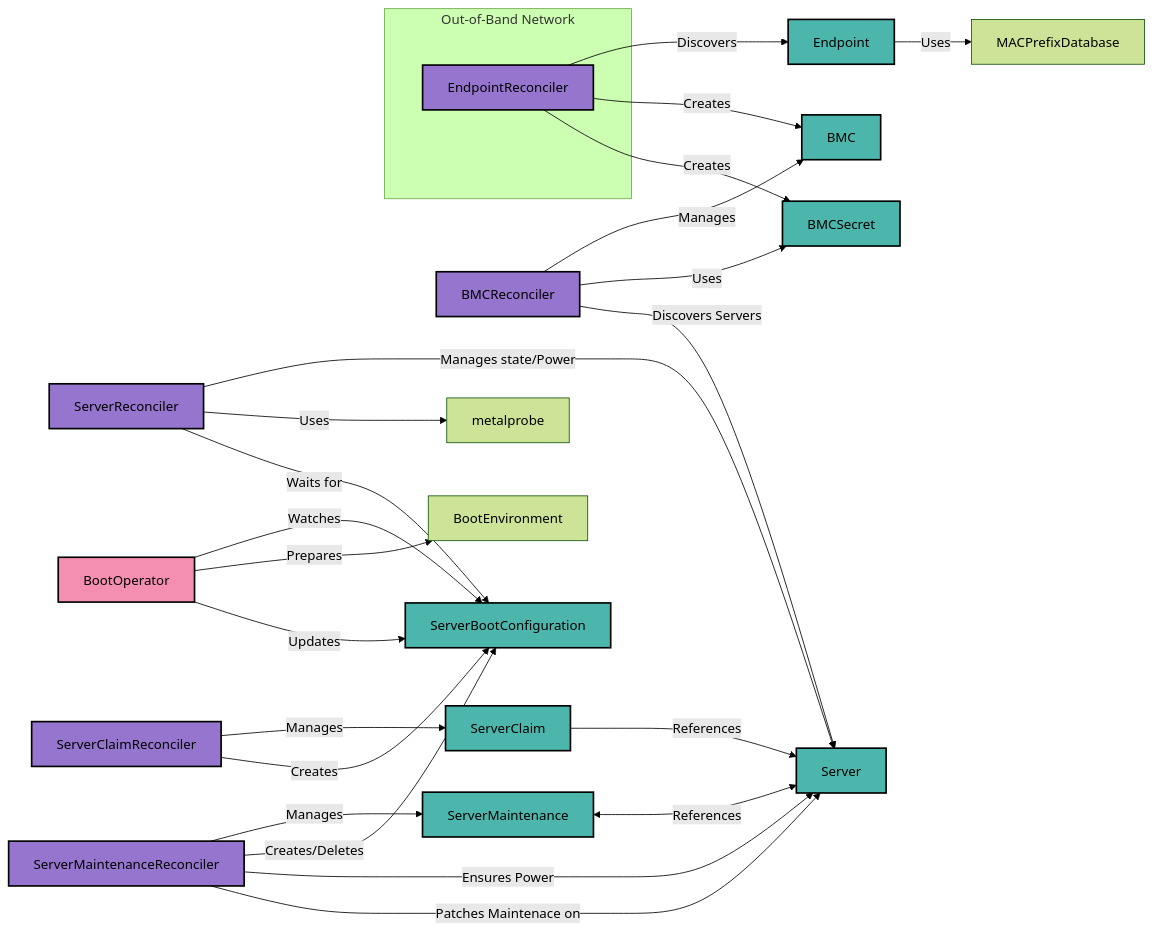
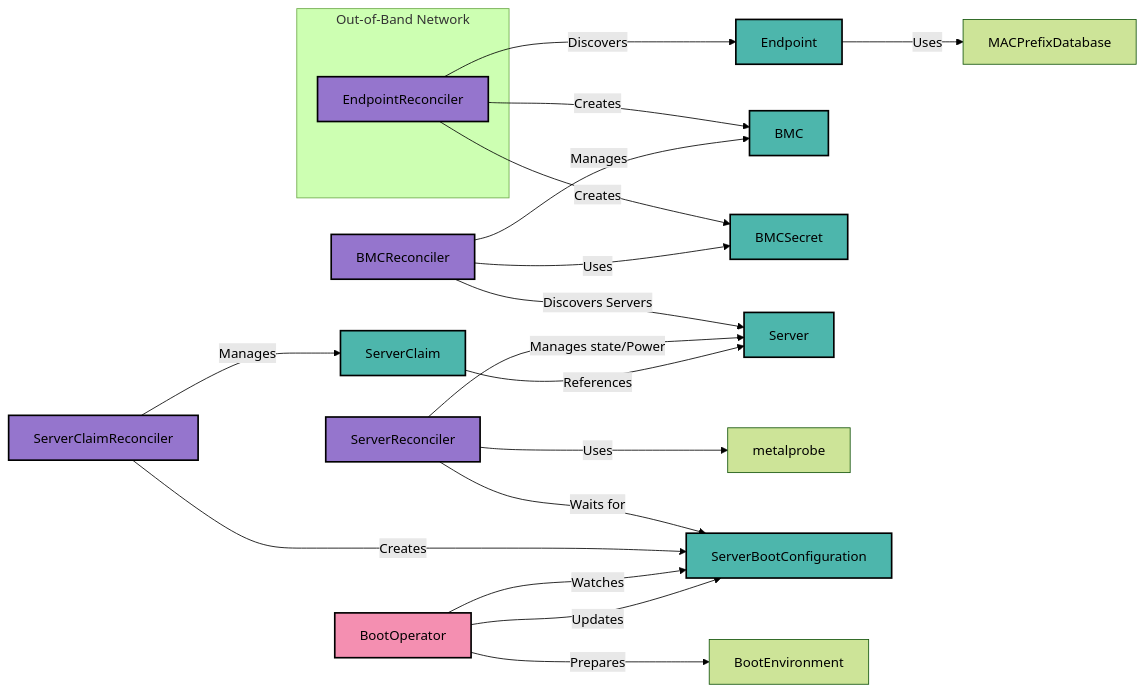
One commit to ironcore-dev/metal-operator changed the diagram in docs/architecture.md. Above: the diagram before and after it, drawn with Mermaid (forest theme). The commit also changed other lines of this file and 52 other files, not shown here.

Commit message:
Remove deprecated `ServerMaintenance` resource (#1130)

````diff
--- a/docs/architecture.md
+++ b/docs/architecture.md
@@ -10,40 +10,33 @@
 ```mermaid
 flowchart LR
     subgraph Out-of-Band Network
         EndpointReconciler
     end
     EndpointReconciler -- Discovers --> Endpoint
     Endpoint -- Uses --> MACPrefixDatabase
     EndpointReconciler -- Creates --> BMC & BMCSecret
 
     BMCReconciler -- Manages --> BMC
     BMCReconciler -- Uses --> BMCSecret
     BMCReconciler -- Discovers Servers --> Server
 
     ServerReconciler -- Manages state/Power --> Server
     ServerReconciler -- Uses --> metalprobe
     ServerReconciler -- Waits for --> ServerBootConfiguration
     
-    ServerMaintenanceReconciler -- Manages --> ServerMaintenance
-    ServerMaintenanceReconciler -- Creates/Deletes --> ServerBootConfiguration
-    ServerMaintenanceReconciler -- Ensures Power --> Server
-    ServerMaintenanceReconciler -- Patches Maintenace on --> Server
-
-    ServerMaintenance -- References <--> Server
-
     ServerClaimReconciler -- Manages --> ServerClaim
     ServerClaim -- References --> Server
     ServerClaimReconciler -- Creates --> ServerBootConfiguration
 
     BootOperator -- Watches --> ServerBootConfiguration
     BootOperator -- Prepares --> BootEnvironment
     BootOperator -- Updates --> ServerBootConfiguration
 
     classDef operator fill:#9575cd, stroke:#000, stroke-width:2px, color:#000;
     classDef crd fill:#4db6ac, stroke:#000, stroke-width:2px, color:#000;
     classDef external fill:#f48fb1, stroke:#000, stroke-width:2px, color:#000;
 
-    class EndpointReconciler,BMCReconciler,ServerReconciler,ServerClaimReconciler,ServerMaintenanceReconciler operator;
-    class Endpoint,BMC,BMCSecret,Server,ServerClaim,ServerBootConfiguration,ServerMaintenance crd;
+    class EndpointReconciler,BMCReconciler,ServerReconciler,ServerClaimReconciler operator;
+    class Endpoint,BMC,BMCSecret,Server,ServerClaim,ServerBootConfiguration crd;
     class BootOperator external;
 ```
````
